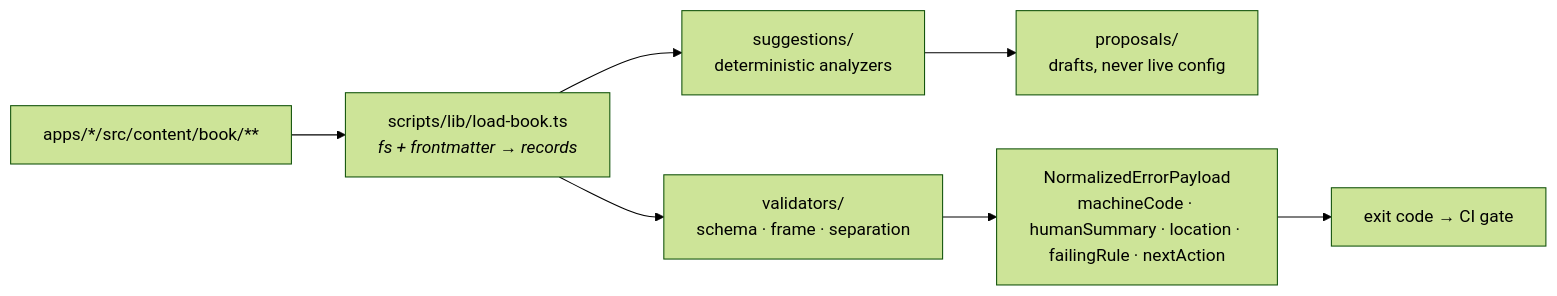
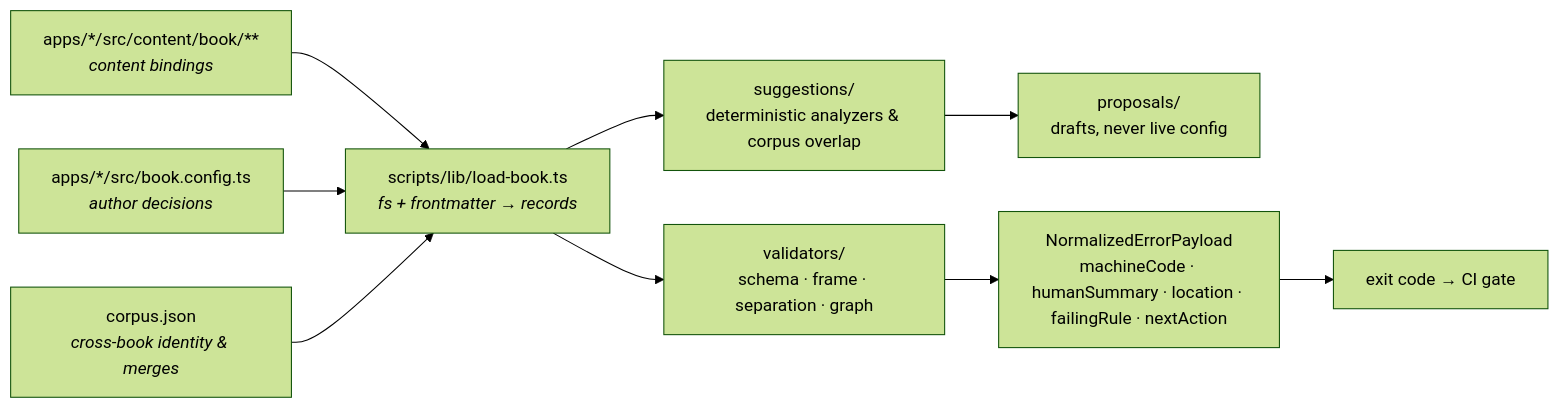
One commit to zz-plant/bookkit changed the third of 3 diagrams in docs/architecture.md. Above: the diagram before and after it, drawn with Mermaid (forest theme). The commit also changed other lines of this file and 27 other files, not shown here.

First line of the commit message:
refactor(engine): enforce strict architecture DAG, frame validation, and draft corpus governance

````diff
--- a/docs/architecture.md
+++ b/docs/architecture.md
@@ -67,9 +67,11 @@
 ```mermaid
 flowchart LR
-    FS["apps/*/src/content/book/**"] --> LB["scripts/lib/load-book.ts<br/><i>fs + frontmatter → records</i>"]
-    LB --> V["validators/<br/>schema · frame · separation"]
-    LB --> AN["suggestions/<br/>deterministic analyzers"]
+    FS["apps/*/src/content/book/**<br/><i>content bindings</i>"] --> LB["scripts/lib/load-book.ts<br/><i>fs + frontmatter → records</i>"]
+    BC["apps/*/src/book.config.ts<br/><i>author decisions</i>"] --> LB
+    CP["corpus.json<br/><i>cross-book identity & merges</i>"] --> LB
+    LB --> V["validators/<br/>schema · frame · separation · graph"]
+    LB --> AN["suggestions/<br/>deterministic analyzers & corpus overlap"]
     AN --> P["proposals/<br/>drafts, never live config"]
     V --> N["NormalizedErrorPayload<br/>machineCode · humanSummary · location · failingRule · nextAction"]
     N --> X["exit code → CI gate"]
 ```
````
